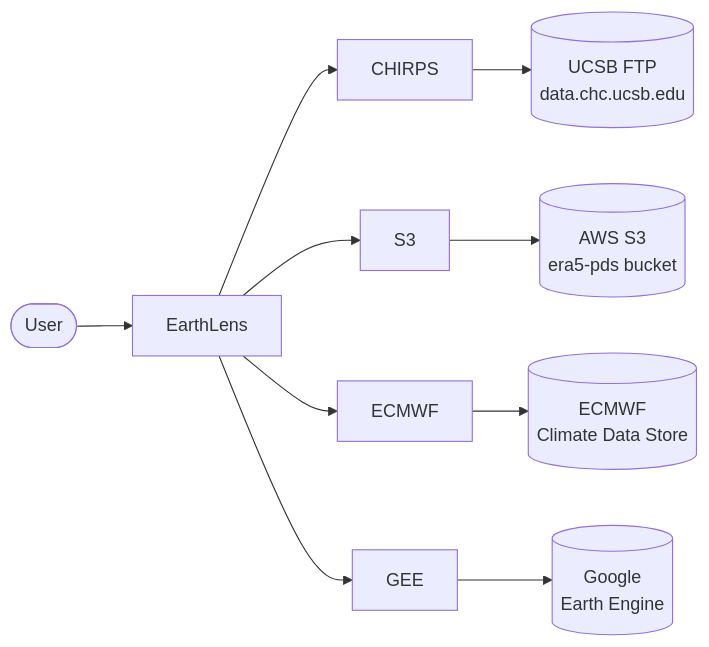
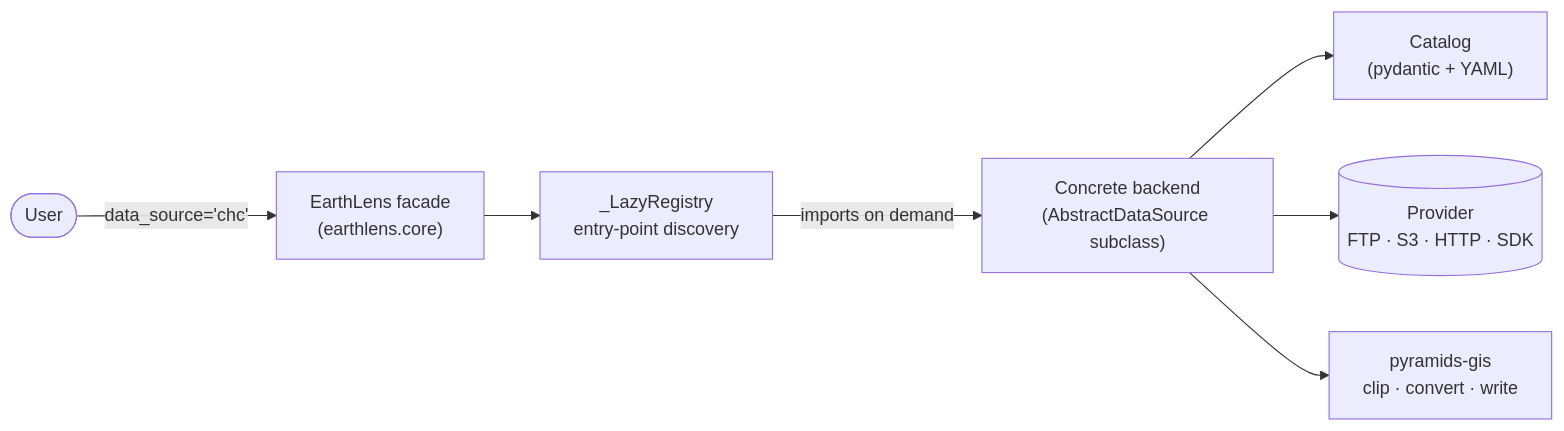
Before and after one commit to serapeum-org/earthlens: the first of 5 diagrams in docs/overview/architecture.md, drawn with Mermaid. The commit also changed other lines of this file and 138 other files, not shown here.

````diff
--- a/docs/overview/architecture.md
+++ b/docs/overview/architecture.md
@@ -9,14 +12,12 @@
 ```mermaid
 flowchart LR
     user([User])
-    earthlens[EarthLens]
-    user --> earthlens
-    earthlens --> CHIRPS
-    earthlens --> S3
-    earthlens --> ECMWF
-    earthlens --> GEE
-    CHIRPS --> FTP[(UCSB FTP<br/>data.chc.ucsb.edu)]
-    S3 --> AWS[(AWS S3<br/>era5-pds bucket)]
-    ECMWF --> CDS[(ECMWF<br/>Climate Data Store)]
-    GEE --> Earth[(Google<br/>Earth Engine)]
+    facade["EarthLens facade<br/>(earthlens.core)"]
+    registry["_LazyRegistry<br/>entry-point discovery"]
+    user -->|"data_source='chc'"| facade
+    facade --> registry
+    registry -->|"imports on demand"| backend["Concrete backend<br/>(AbstractDataSource subclass)"]
+    backend --> catalog["Catalog<br/>(pydantic + YAML)"]
+    backend --> remote[("Provider<br/>FTP · S3 · HTTP · SDK")]
+    backend --> pyramids["pyramids-gis<br/>clip · convert · write"]
 ```
````
